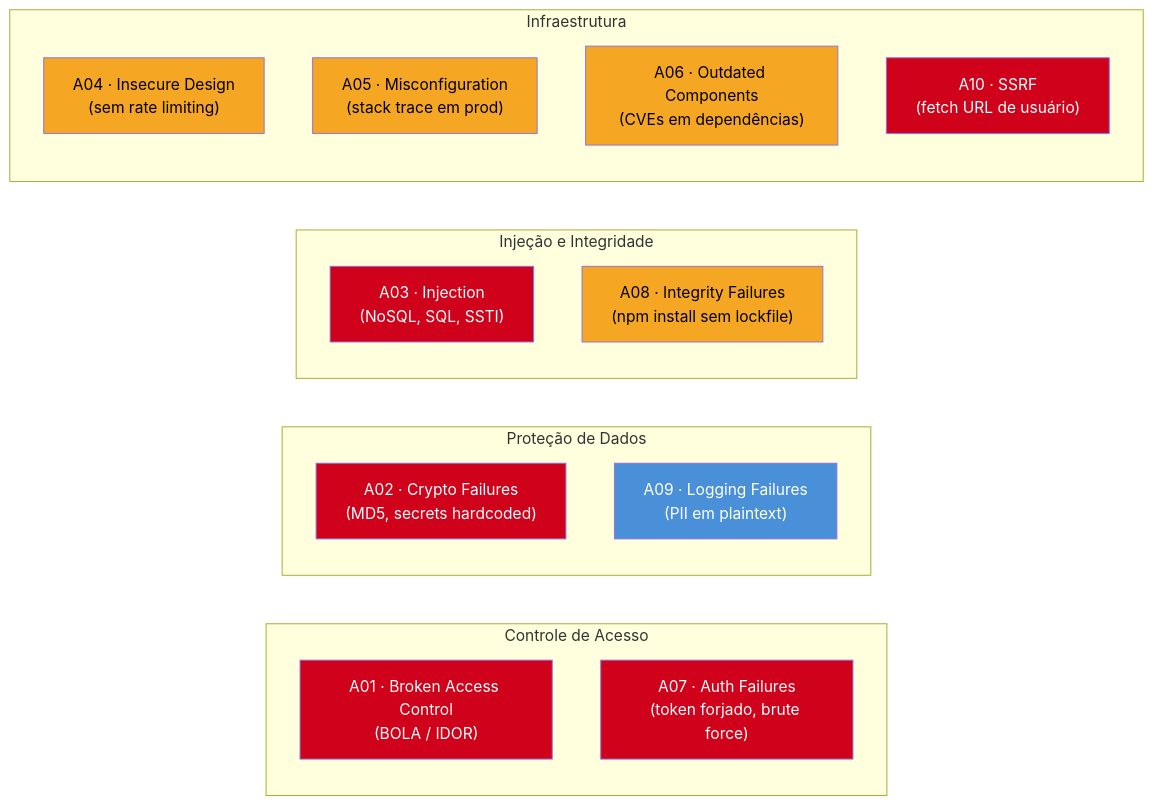
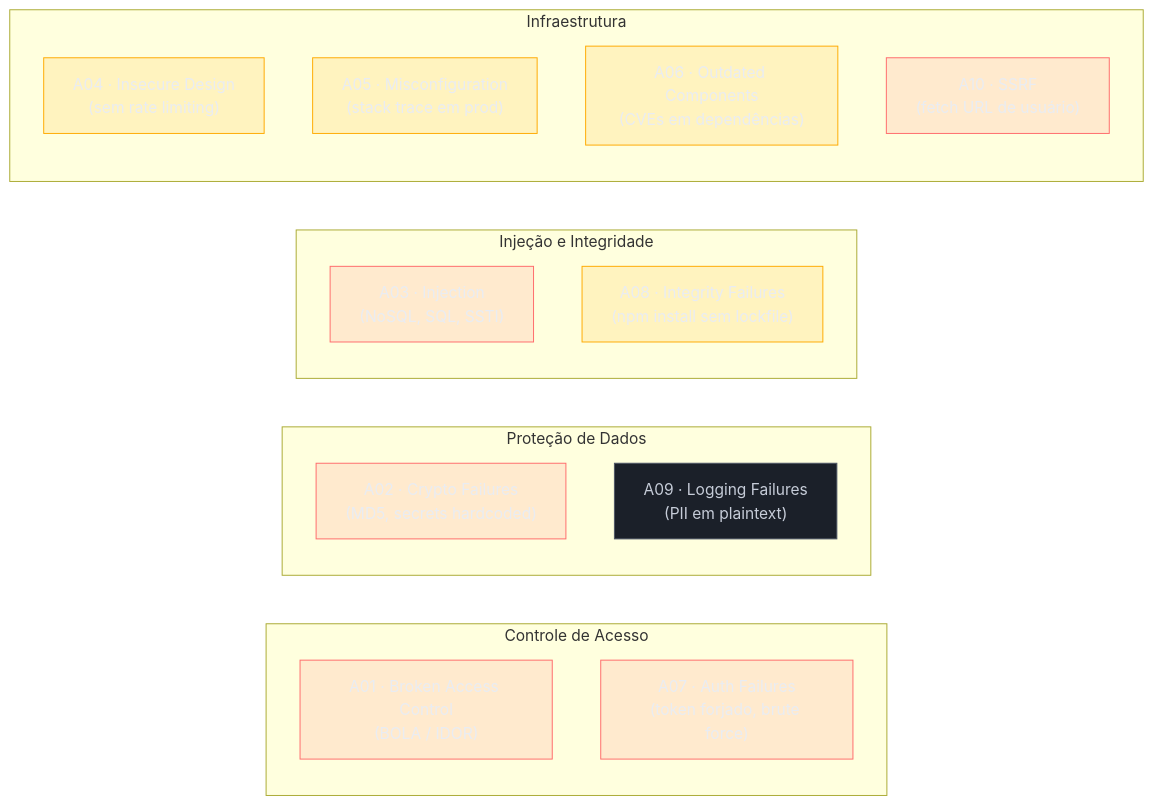
The diagram in 03-Dominios/Tecnologia/Node/Segurança/09 - OWASP Top 10 para Node.md (josenaldo/codex-technomanticus), drawn with Mermaid before and after one commit. The commit also changed 1181 other files, not shown here.

First line of the commit message:
fix(diagramas): paleta do sistema no lugar de cor cravada no markdown

````diff
--- a/03-Dominios/Tecnologia/Node/Segurança/09 - OWASP Top 10 para Node.md
+++ b/03-Dominios/Tecnologia/Node/Segurança/09 - OWASP Top 10 para Node.md
@@ -33,32 +33,35 @@
 ```mermaid
 flowchart LR
+    classDef falha fill:#FF6B6B24,stroke:#FF6B6B,color:#E9ECF2
+    classDef destaque fill:#FFAA0024,stroke:#FFAA00,color:#E9ECF2
+    classDef neutro fill:#1B2029,stroke:#4E5666,color:#C6CCD8
     subgraph Acesso["Controle de Acesso"]
         A01["A01 · Broken Access Control\n(BOLA / IDOR)"]
         A07["A07 · Auth Failures\n(token forjado, brute force)"]
     end
     subgraph Dados["Proteção de Dados"]
         A02["A02 · Crypto Failures\n(MD5, secrets hardcoded)"]
         A09["A09 · Logging Failures\n(PII em plaintext)"]
     end
     subgraph Injecao["Injeção e Integridade"]
         A03["A03 · Injection\n(NoSQL, SQL, SSTI)"]
         A08["A08 · Integrity Failures\n(npm install sem lockfile)"]
     end
     subgraph Infra["Infraestrutura"]
         A04["A04 · Insecure Design\n(sem rate limiting)"]
         A05["A05 · Misconfiguration\n(stack trace em prod)"]
         A06["A06 · Outdated Components\n(CVEs em dependências)"]
         A10["A10 · SSRF\n(fetch URL de usuário)"]
     end
 
-    style A01 fill:#D0021B,color:#fff
-    style A02 fill:#D0021B,color:#fff
-    style A03 fill:#D0021B,color:#fff
-    style A04 fill:#F5A623,color:#000
-    style A05 fill:#F5A623,color:#000
-    style A06 fill:#F5A623,color:#000
-    style A07 fill:#D0021B,color:#fff
-    style A08 fill:#F5A623,color:#000
-    style A09 fill:#4A90D9,color:#fff
-    style A10 fill:#D0021B,color:#fff
+    class A01 falha
+    class A02 falha
+    class A03 falha
+    class A04 destaque
+    class A05 destaque
+    class A06 destaque
+    class A07 falha
+    class A08 destaque
+    class A09 neutro
+    class A10 falha
 ```
````
